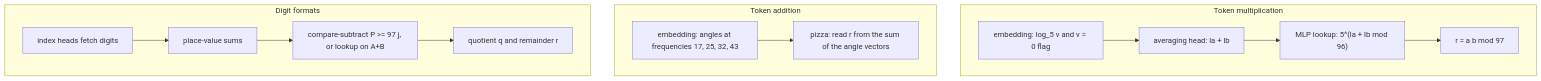
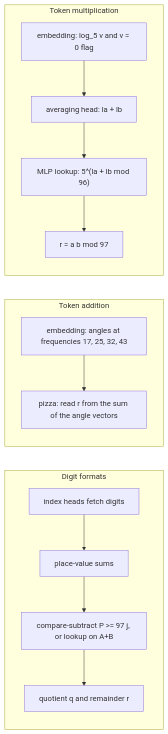
The first of 2 diagrams in entries/modular-arithmetic-mod-97.md (jc1122/mechanistic-interpretability-circuit-atlas), drawn with Mermaid before and after one commit. The commit also changed other lines of this file and 40 other files, not shown here.

First line of the commit message:
Cold-reader pass on all 41 entries: reading routes, first-screen scopes, accessible diagrams, verified headline sources (ux_reader1/2)

````diff
--- a/entries/modular-arithmetic-mod-97.md
+++ b/entries/modular-arithmetic-mod-97.md
@@ -99,16 +101,24 @@
 ```mermaid
 flowchart TD
+    accTitle: Hand-built modular arithmetic by number format
+    accDescr: Token multiplication adds discrete logarithms; token addition reads summed circle vectors; digit formats fetch place values before arithmetic. These reference networks have no trained part.
     subgraph MU["Token multiplication"]
+        direction TB
         M1["embedding: log_5 v and v = 0 flag"] --> M2["averaging head: la + lb"]
         M2 --> M3["MLP lookup: 5^(la + lb mod 96)"]
         M3 --> M4["r = a b mod 97"]
     end
     subgraph AD["Token addition"]
+        direction TB
         A1["embedding: angles at frequencies 17, 25, 32, 43"] --> A2["pizza: read r from the sum of the angle vectors"]
     end
     subgraph DG["Digit formats"]
+        direction TB
         D1["index heads fetch digits"] --> D2["place-value sums"]
         D2 --> D3["compare-subtract P >= 97 j, or lookup on A+B"]
         D3 --> D4["quotient q and remainder r"]
     end
+    %% Invisible edges stack independent format panels, not computational paths.
+    MU ~~~ AD
+    AD ~~~ DG
 ```
````
